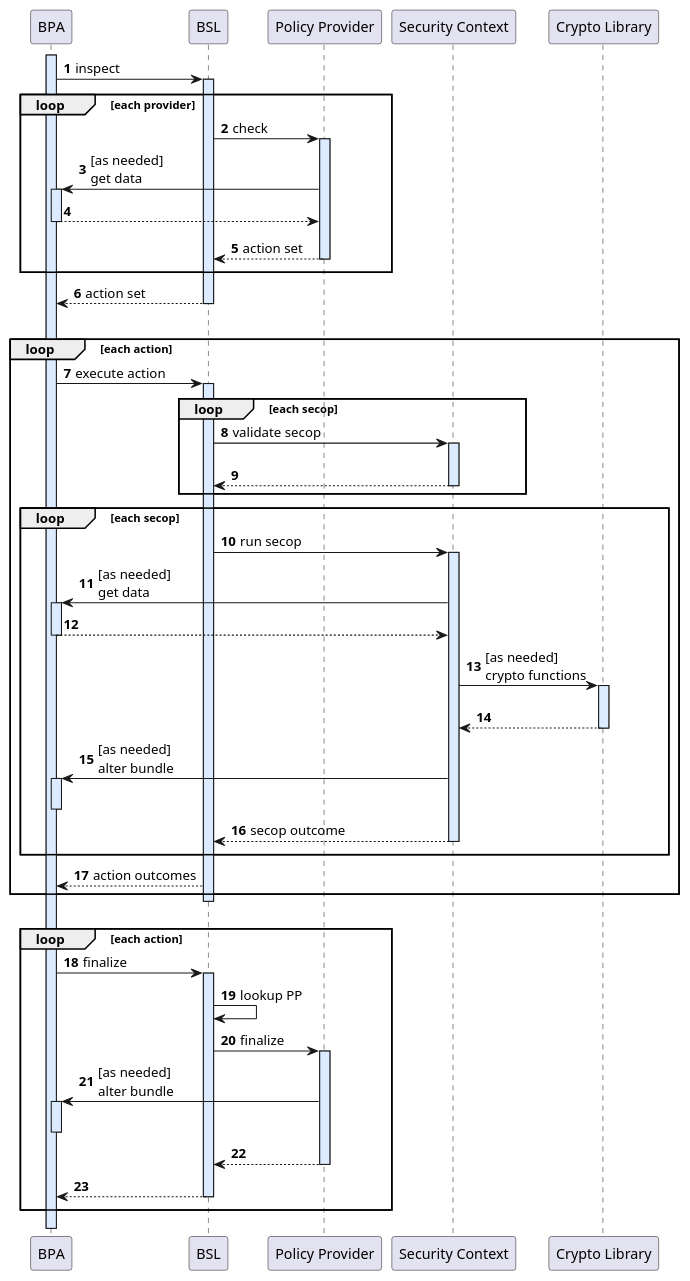
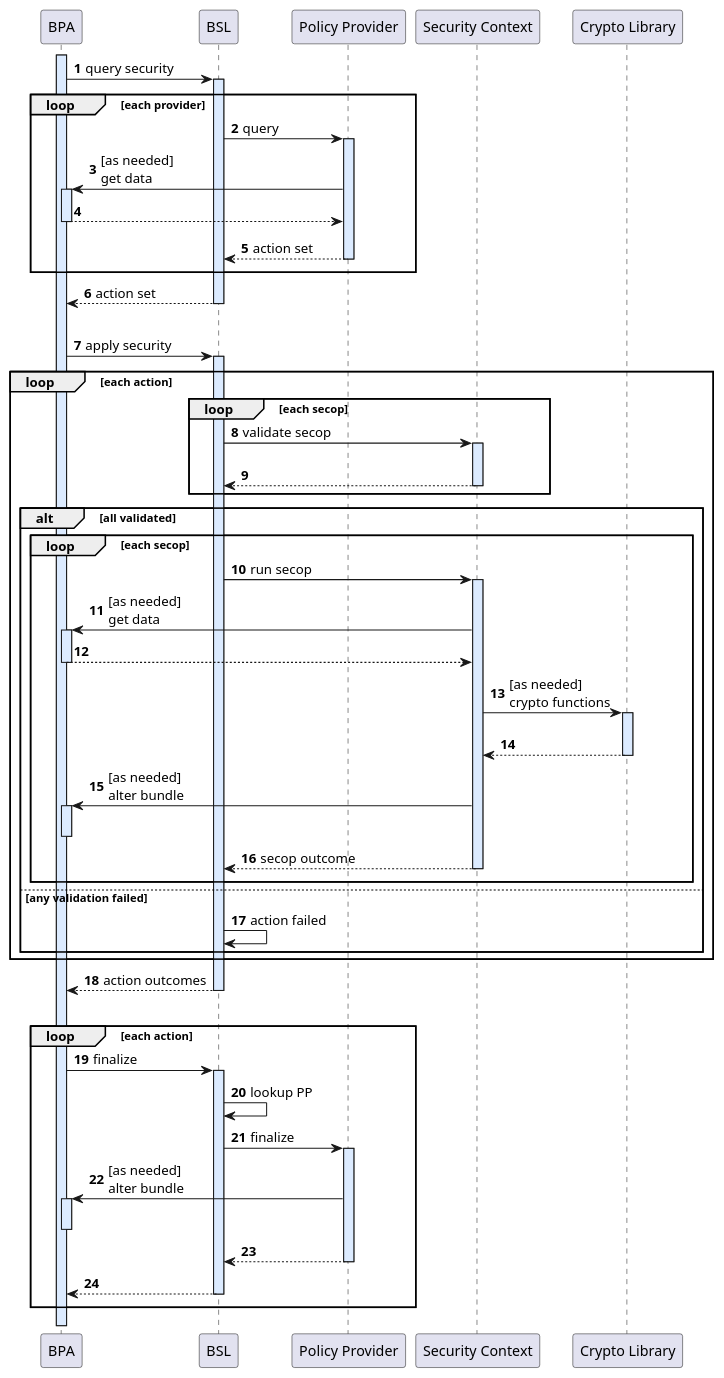
Before and after one commit to NASA-AMMOS/BSL-docs: the diagram in user-guide/static/bundle-workflow.puml, drawn with PlantUML. The commit also changed 2 other files, not shown here.

Commit message:
Aligned diagram with actual behavior

```diff
--- a/user-guide/static/bundle-workflow.puml
+++ b/user-guide/static/bundle-workflow.puml
@@ -1,100 +1,104 @@
 @startuml
 autonumber
 
 participant "BPA" as BPA
 participant "BSL" as BSL
 participant "Policy Provider" as Policy
 participant "Security Context" as SC
 participant "Crypto Library" as Crypto
 
 activate BPA #dcebff
-BPA -> BSL : inspect
+BPA -> BSL : query security
 activate BSL #dcebff
 loop each provider
-    BSL -> Policy : check
+    BSL -> Policy : query
 
     activate Policy #dcebff
     Policy -> BPA : [as needed]\nget data
 
     activate BPA #dcebff
     BPA --> Policy
     deactivate BPA
 
     ||5||
 
     Policy --> BSL : action set
     ||5||
     deactivate Policy
 end
 BSL --> BPA : action set
 deactivate BSL
 
 ||20||
 
+BPA -> BSL : apply security
+activate BSL #dcebff
+
 loop each action
-    BPA -> BSL : execute action
-    activate BSL #dcebff
-
     loop each secop
         BSL -> SC : validate secop
         activate SC #dcebff
         ||10||
         SC --> BSL
         deactivate SC
     end
 
-    loop each secop
+    alt all validated
 
-        BSL -> SC : run secop
-        activate SC #dcebff
+        loop each secop
 
-        SC -> BPA : [as needed]\nget data
-        activate BPA #dcebff
-        BPA --> SC
-        deactivate BPA
-    
-        SC -> Crypto : [as needed]\ncrypto functions
-        activate Crypto #dcebff
-        ||10||
-        Crypto --> SC
-        deactivate Crypto
-    
-        SC -> BPA : [as needed]\nalter bundle
-        activate BPA #dcebff
-        deactivate BPA
-    
-        SC --> BSL : secop outcome
-        ||5||
-        deactivate SC
+            BSL -> SC : run secop
+            activate SC #dcebff
+
+            SC -> BPA : [as needed]\nget data
+            activate BPA #dcebff
+            BPA --> SC
+            deactivate BPA
+
+            SC -> Crypto : [as needed]\ncrypto functions
+            activate Crypto #dcebff
+            ||10||
+            Crypto --> SC
+            deactivate Crypto
+
+            SC -> BPA : [as needed]\nalter bundle
+            activate BPA #dcebff
+            deactivate BPA
+
+            SC --> BSL : secop outcome
+            ||5||
+            deactivate SC
+        end
+    else any validation failed
+        BSL -> BSL : action failed
     end
-
-    BSL --> BPA : action outcomes
 end
+BSL --> BPA : action outcomes
 deactivate BSL
 
 ||20||
 
 loop each action
     BPA -> BSL : finalize
     activate BSL #dcebff
 
     BSL -> BSL : lookup PP
 
     BSL -> Policy : finalize
     activate Policy #dcebff
 
     Policy -> BPA : [as needed]\nalter bundle
     activate BPA #dcebff
     deactivate BPA
 
     Policy --> BSL
     deactivate Policy
 
     BSL --> BPA
     deactivate BSL
     ||5||
 end
 
 ||10||
 
 @enduml
```
